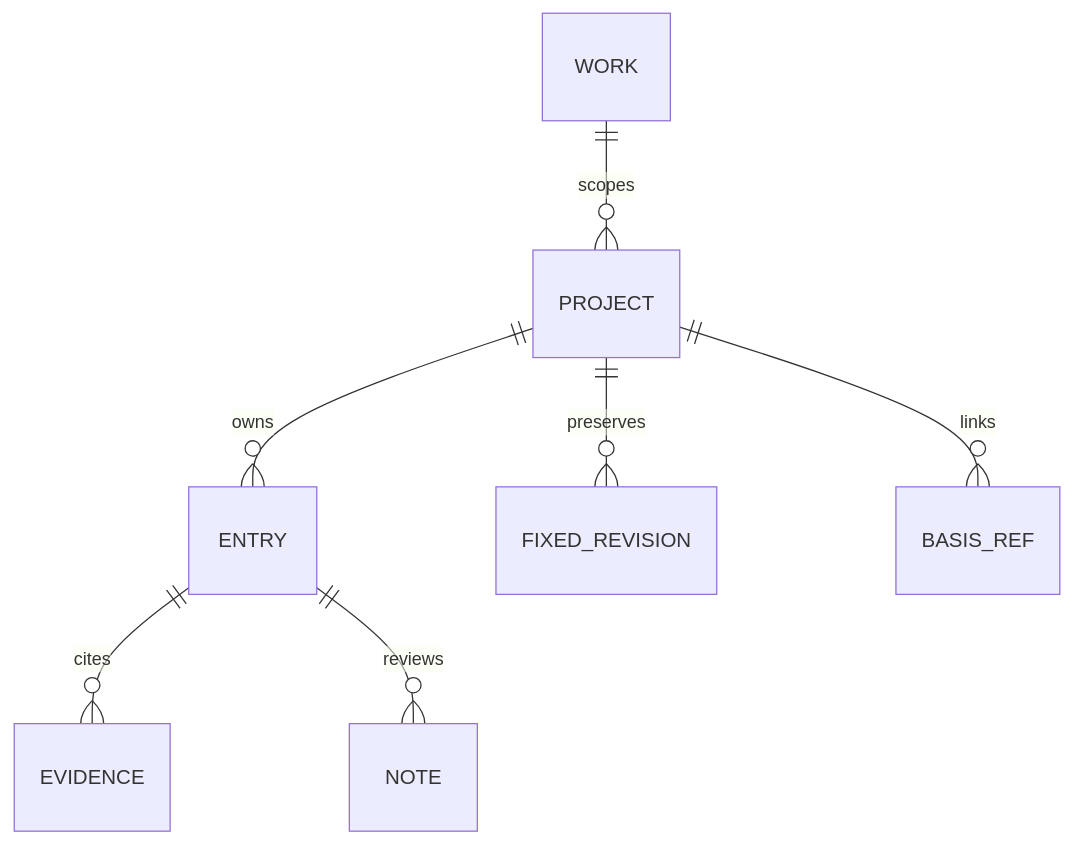
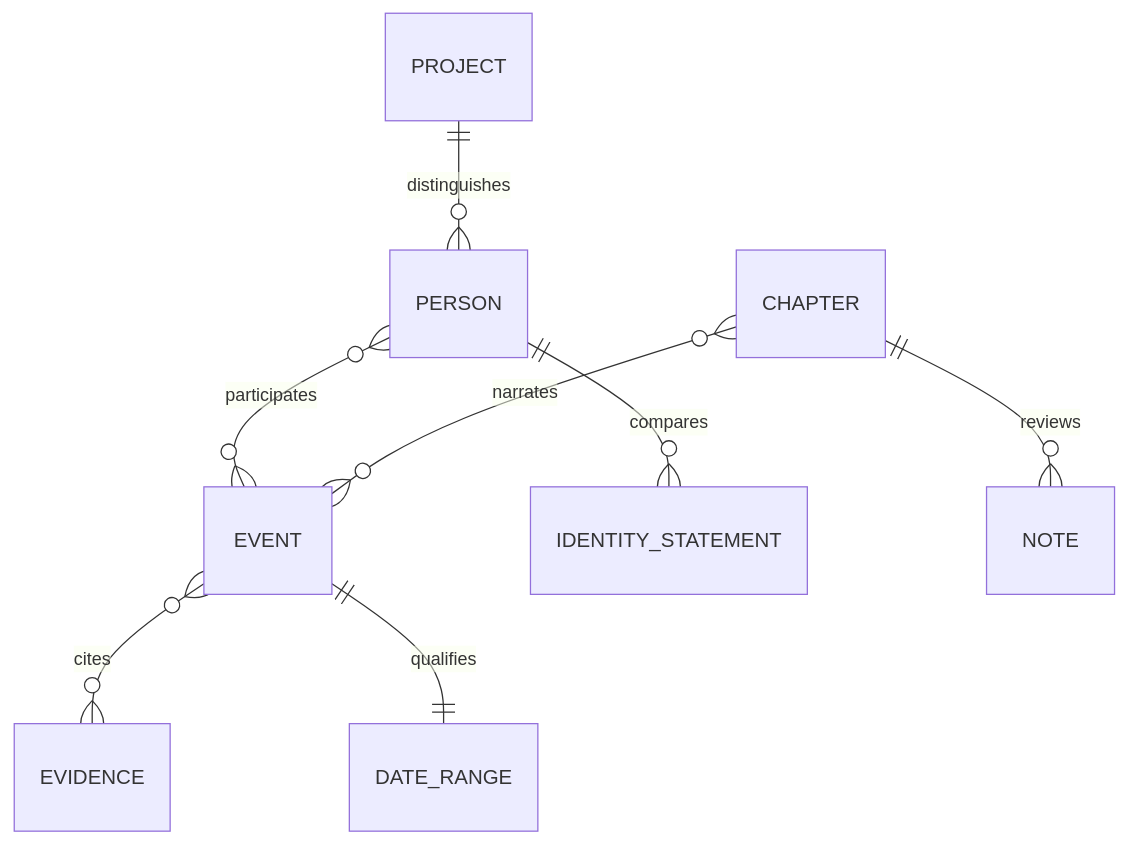
One commit to wordflowlab/hetu-biography-studio changed the diagram in docs/02-领域与本体设计.md. Above: the diagram before and after it, drawn with Mermaid. The commit also changed other lines of this file and 50 other files, not shown here.

````diff
--- a/docs/02-领域与本体设计.md
+++ b/docs/02-领域与本体设计.md
@@ -15,9 +15,10 @@
 ```mermaid
 erDiagram
- WORK ||--o{ PROJECT : scopes
- PROJECT ||--o{ ENTRY : owns
- ENTRY ||--o{ EVIDENCE : cites
- ENTRY ||--o{ NOTE : reviews
- PROJECT ||--o{ FIXED_REVISION : preserves
- PROJECT ||--o{ BASIS_REF : links
+ PROJECT ||--o{ PERSON : distinguishes
+ PERSON }o--o{ EVENT : participates
+ EVENT }o--o{ EVIDENCE : cites
+ PERSON ||--o{ IDENTITY_STATEMENT : compares
+ CHAPTER }o--o{ EVENT : narrates
+ CHAPTER ||--o{ NOTE : reviews
+ EVENT ||--|| DATE_RANGE : qualifies
 ```
````
